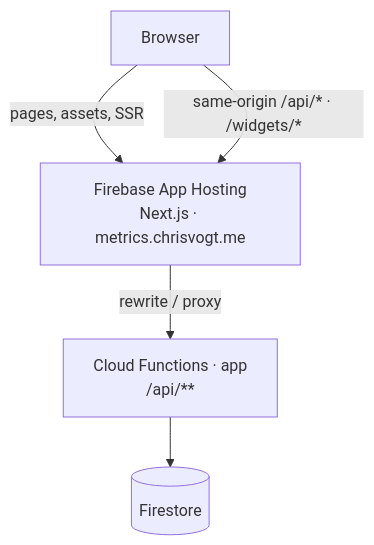
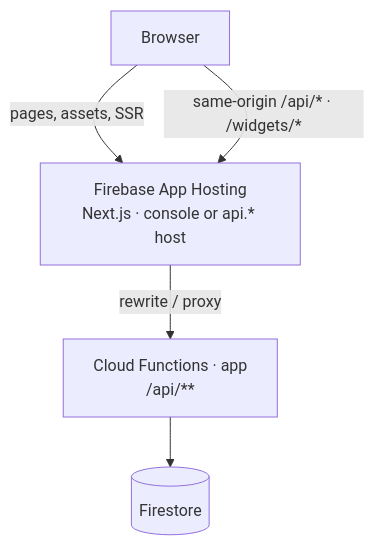
Before and after one commit to chrisvogt/metrics: the second of 5 diagrams in README.md, drawn with Mermaid. The commit also changed other lines of this file and 1 other file, not shown here.

First line of the commit message:
docs: align README diagrams with console/api hostnames and CORS

````diff
--- a/README.md
+++ b/README.md
@@ -72,11 +95,11 @@
 ```mermaid
 flowchart TB
   browser[Browser]
-  ah[Firebase App Hosting<br/>Next.js · metrics.chrisvogt.me]
+  ah[Firebase App Hosting<br/>Next.js · console or api.* host]
   cf[Cloud Functions · app<br/>/api/**]
   fs[(Firestore)]
   browser -->|pages, assets, SSR| ah
   browser -->|same-origin /api/* · /widgets/*| ah
   ah -->|rewrite / proxy| cf
   cf --> fs
 ```
````
